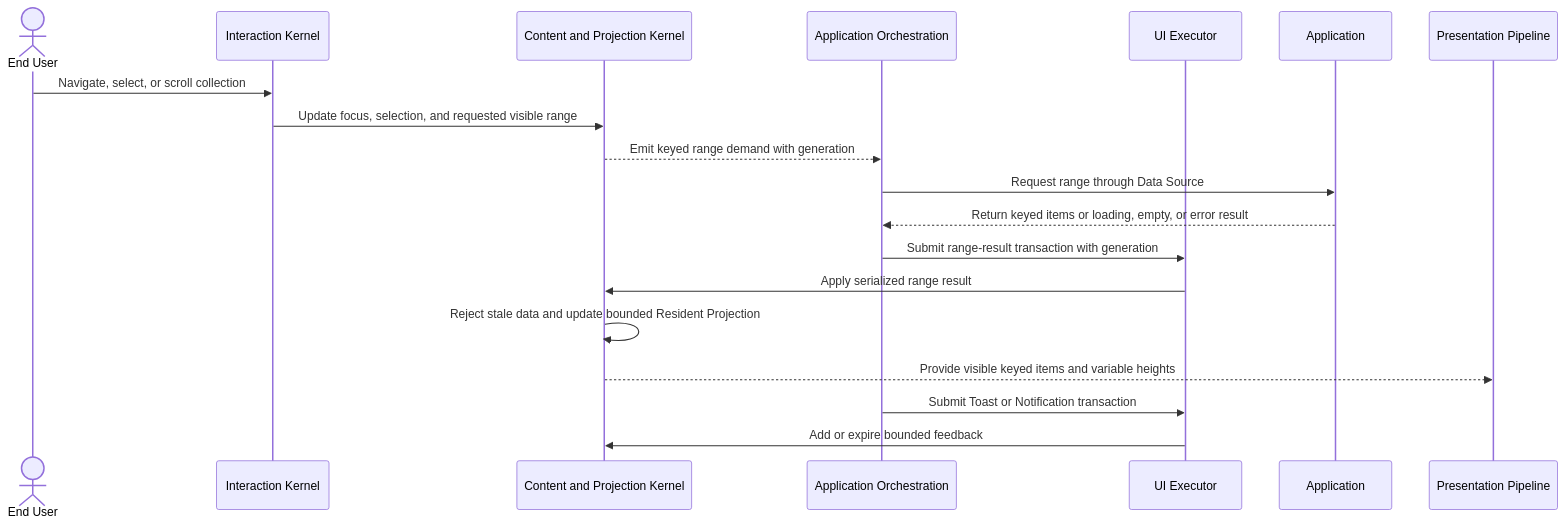
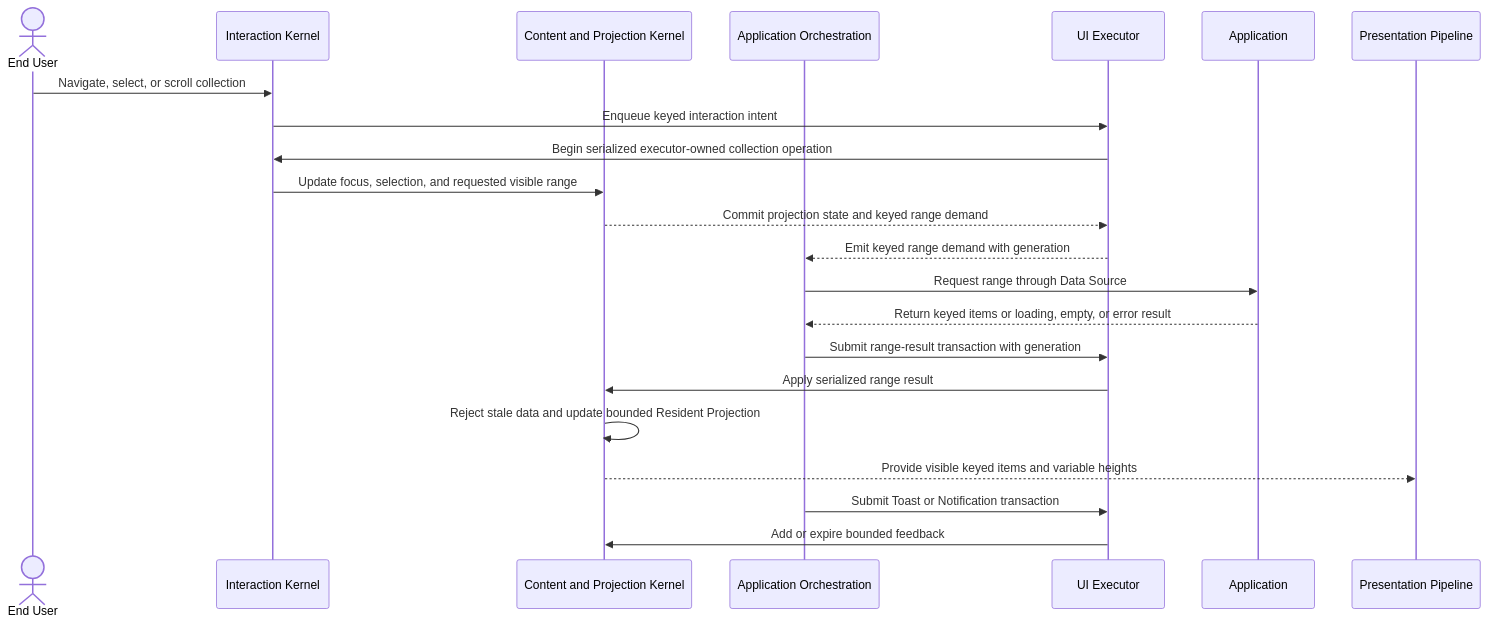
The diagram in .constitution/architecture/flows/virtual-collection-feedback.md (Tuvren/tuvren-tui), drawn with Mermaid before and after one commit. The commit also changed other lines of this file and 6 other files, not shown here.

First line of the commit message:
docs: serialize editing and collection input flows

````diff
--- a/.constitution/architecture/flows/virtual-collection-feedback.md
+++ b/.constitution/architecture/flows/virtual-collection-feedback.md
@@ -9,22 +9,25 @@
 ```mermaid
 sequenceDiagram
     actor EU as End User
     participant Interact as Interaction Kernel
     participant Content as Content and Projection Kernel
     participant Orch as Application Orchestration
     participant Exec as UI Executor
     participant App as Application
     participant Present as Presentation Pipeline
 
     EU->>Interact: Navigate, select, or scroll collection
+    Interact->>Exec: Enqueue keyed interaction intent
+    Exec->>Interact: Begin serialized executor-owned collection operation
     Interact->>Content: Update focus, selection, and requested visible range
-    Content-->>Orch: Emit keyed range demand with generation
+    Content-->>Exec: Commit projection state and keyed range demand
+    Exec-->>Orch: Emit keyed range demand with generation
     Orch->>App: Request range through Data Source
     App-->>Orch: Return keyed items or loading, empty, or error result
     Orch->>Exec: Submit range-result transaction with generation
     Exec->>Content: Apply serialized range result
     Content->>Content: Reject stale data and update bounded Resident Projection
     Content-->>Present: Provide visible keyed items and variable heights
     Orch->>Exec: Submit Toast or Notification transaction
     Exec->>Content: Add or expire bounded feedback
 ```
````
